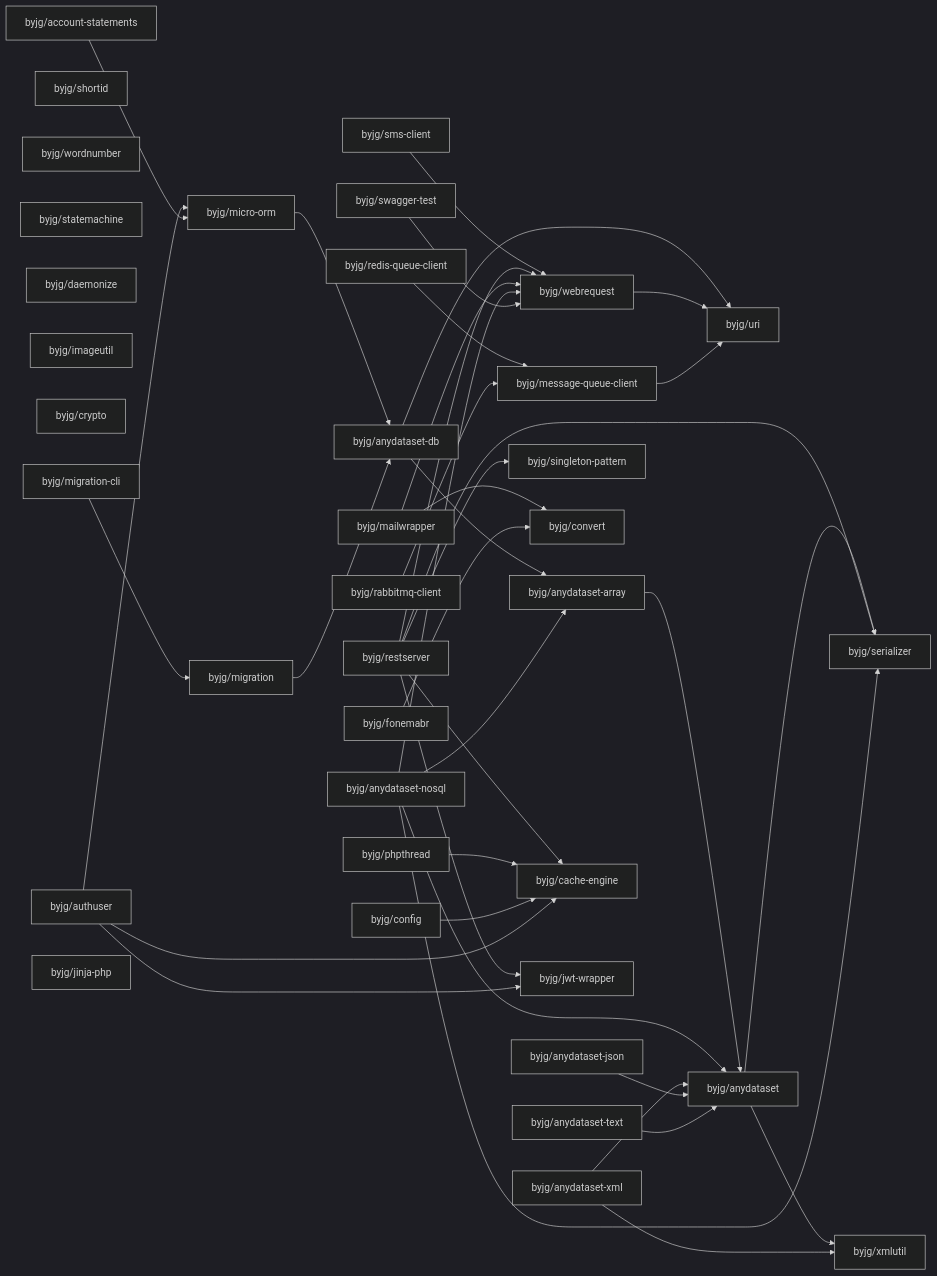
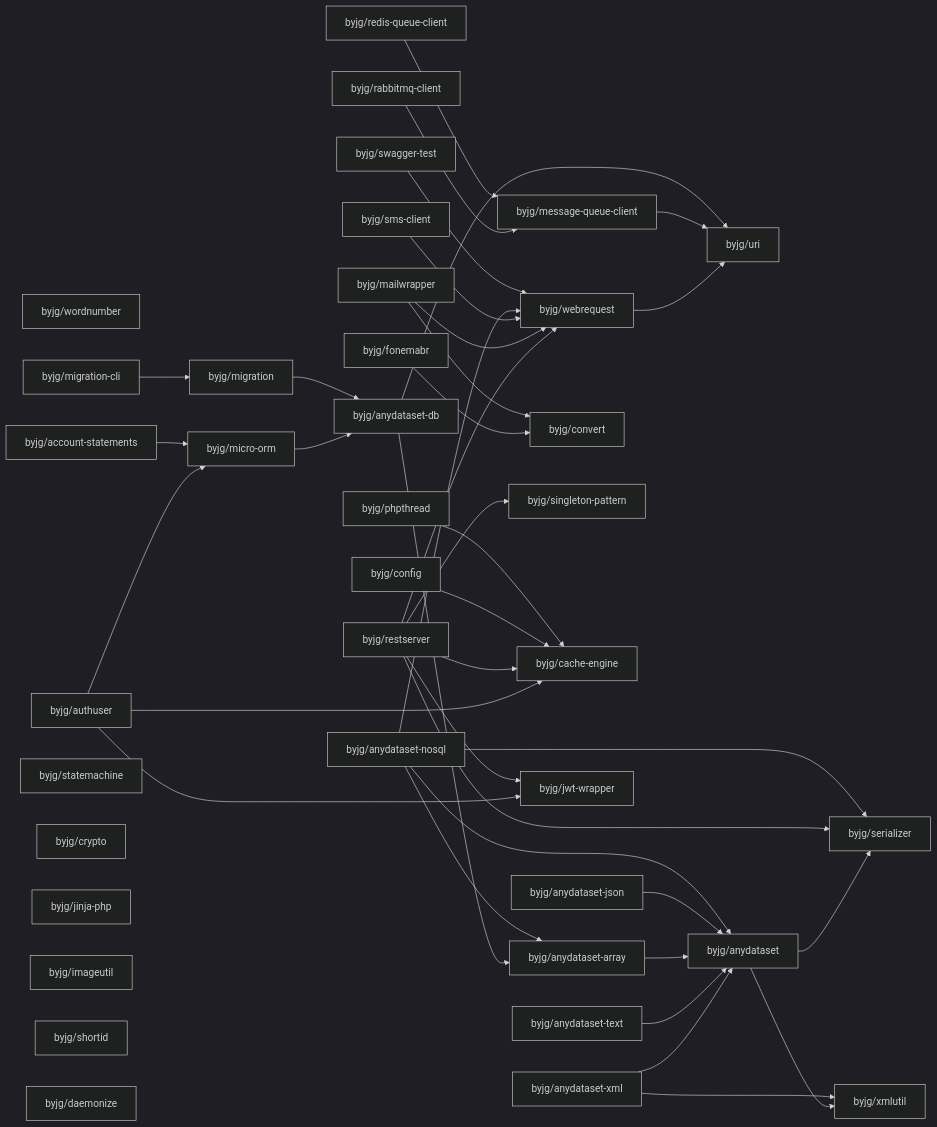
Before and after one commit to byjg/byjg.github.io: the diagram in docs/php/README.md, drawn with Mermaid (dark theme). The commit also changed other lines of this file, not shown here.

Commit message:
Update documentation 'php' 'php-migration'

````diff
--- a/docs/php/README.md
+++ b/docs/php/README.md
@@ -3,76 +3,76 @@
 ```mermaid
 graph LR;
+  byjg/phpthread;
+  byjg/wordnumber;
+  byjg/anydataset-json;
+  byjg/mailwrapper;
+  byjg/anydataset-text;
   byjg/anydataset-nosql;
   byjg/account-statements;
+  byjg/migration-cli;
+  byjg/fonemabr;
+  byjg/rabbitmq-client;
+  byjg/sms-client;
+  byjg/authuser;
+  byjg/statemachine;
+  byjg/crypto;
+  byjg/jinja-php;
+  byjg/swagger-test;
+  byjg/config;
+  byjg/imageutil;
+  byjg/anydataset-xml;
   byjg/shortid;
-  byjg/wordnumber;
-  byjg/anydataset-text;
-  byjg/anydataset-json;
-  byjg/swagger-test;
-  byjg/statemachine;
+  byjg/restserver;
+  byjg/daemonize;
   byjg/redis-queue-client;
-  byjg/rabbitmq-client;
-  byjg/phpthread;
-  byjg/daemonize;
-  byjg/imageutil;
-  byjg/config;
-  byjg/restserver;
-  byjg/sms-client;
-  byjg/crypto;
-  byjg/anydataset-xml;
-  byjg/fonemabr;
-  byjg/mailwrapper;
-  byjg/migration-cli;
-  byjg/authuser;
-  byjg/jinja-php;
+  byjg/migration;
+  byjg/convert;
+  byjg/micro-orm;
+  byjg/singleton-pattern;
+  byjg/cache-engine;
+  byjg/webrequest;
+  byjg/jwt-wrapper;
   byjg/message-queue-client;
-  byjg/singleton-pattern;
-  byjg/convert;
-  byjg/webrequest;
-  byjg/migration;
-  byjg/micro-orm;
-  byjg/cache-engine;
-  byjg/jwt-wrapper;
   byjg/anydataset-db;
   byjg/anydataset-array;
   byjg/uri;
   byjg/anydataset;
   byjg/serializer;
   byjg/xmlutil;
-  byjg/sms-client --> byjg/webrequest;
-  byjg/redis-queue-client --> byjg/message-queue-client;
-  byjg/micro-orm --> byjg/anydataset-db;
-  byjg/migration-cli --> byjg/migration;
-  byjg/anydataset-array --> byjg/anydataset;
-  byjg/anydataset --> byjg/serializer;
-  byjg/anydataset --> byjg/xmlutil;
+  byjg/migration --> byjg/anydataset-db;
+  byjg/swagger-test --> byjg/webrequest;
+  byjg/anydataset-nosql --> byjg/anydataset;
+  byjg/anydataset-nosql --> byjg/anydataset-array;
+  byjg/anydataset-nosql --> byjg/serializer;
+  byjg/anydataset-nosql --> byjg/webrequest;
   byjg/anydataset-db --> byjg/anydataset-array;
   byjg/anydataset-db --> byjg/uri;
+  byjg/sms-client --> byjg/webrequest;
+  byjg/anydataset-json --> byjg/anydataset;
+  byjg/mailwrapper --> byjg/convert;
+  byjg/mailwrapper --> byjg/webrequest;
+  byjg/phpthread --> byjg/cache-engine;
+  byjg/anydataset-array --> byjg/anydataset;
+  byjg/account-statements --> byjg/micro-orm;
+  byjg/migration-cli --> byjg/migration;
+  byjg/redis-queue-client --> byjg/message-queue-client;
+  byjg/config --> byjg/cache-engine;
+  byjg/fonemabr --> byjg/convert;
+  byjg/anydataset-text --> byjg/anydataset;
+  byjg/message-queue-client --> byjg/uri;
+  byjg/anydataset-xml --> byjg/anydataset;
+  byjg/anydataset-xml --> byjg/xmlutil;
   byjg/restserver --> byjg/serializer;
   byjg/restserver --> byjg/singleton-pattern;
   byjg/restserver --> byjg/cache-engine;
   byjg/restserver --> byjg/webrequest;
   byjg/restserver --> byjg/jwt-wrapper;
-  byjg/phpthread --> byjg/cache-engine;
-  byjg/config --> byjg/cache-engine;
   byjg/authuser --> byjg/micro-orm;
   byjg/authuser --> byjg/cache-engine;
   byjg/authuser --> byjg/jwt-wrapper;
+  byjg/micro-orm --> byjg/anydataset-db;
+  byjg/anydataset --> byjg/serializer;
+  byjg/anydataset --> byjg/xmlutil;
+  byjg/rabbitmq-client --> byjg/message-queue-client;
   byjg/webrequest --> byjg/uri;
-  byjg/mailwrapper --> byjg/convert;
-  byjg/mailwrapper --> byjg/webrequest;
-  byjg/anydataset-nosql --> byjg/anydataset;
-  byjg/anydataset-nosql --> byjg/anydataset-array;
-  byjg/anydataset-nosql --> byjg/serializer;
-  byjg/anydataset-nosql --> byjg/webrequest;
-  byjg/account-statements --> byjg/micro-orm;
-  byjg/rabbitmq-client --> byjg/message-queue-client;
-  byjg/message-queue-client --> byjg/uri;
-  byjg/migration --> byjg/anydataset-db;
-  byjg/fonemabr --> byjg/convert;
-  byjg/swagger-test --> byjg/webrequest;
-  byjg/anydataset-xml --> byjg/anydataset;
-  byjg/anydataset-xml --> byjg/xmlutil;
-  byjg/anydataset-json --> byjg/anydataset;
-  byjg/anydataset-text --> byjg/anydataset;
 ```
````
